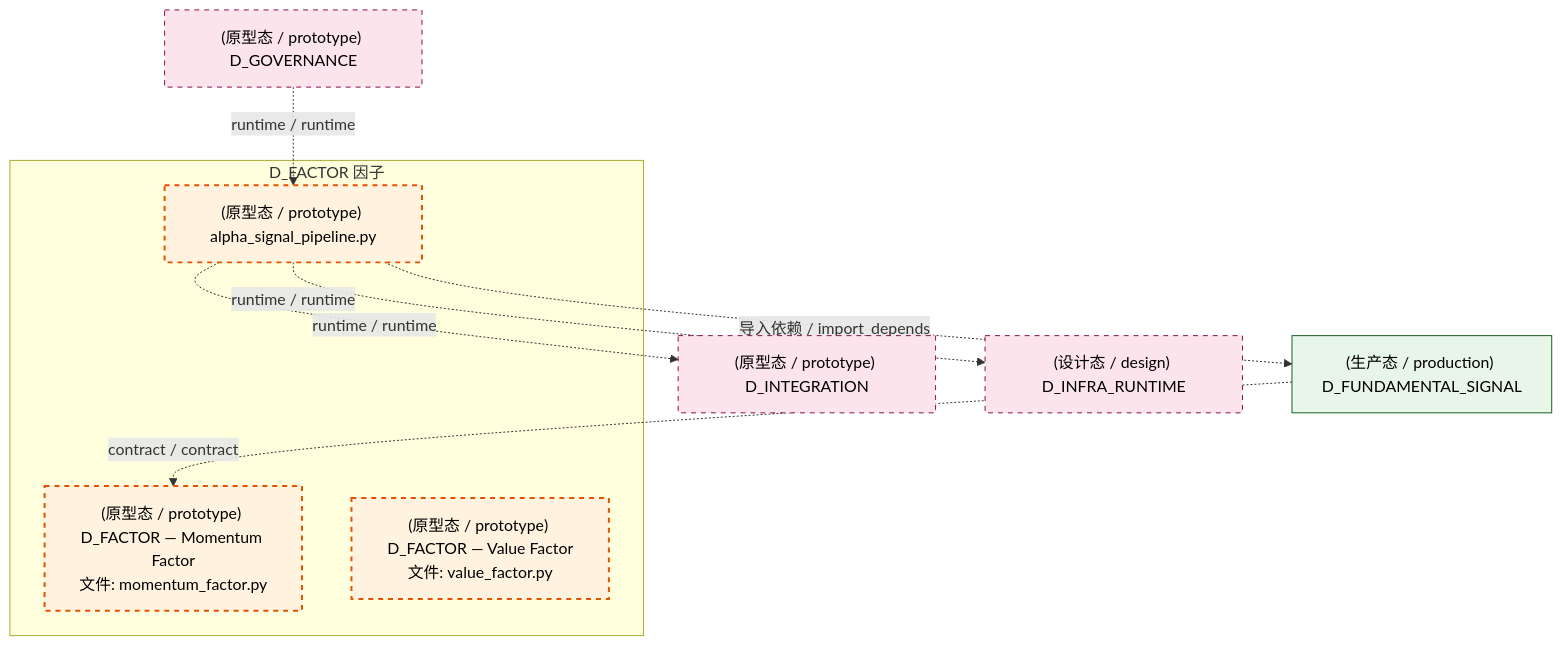
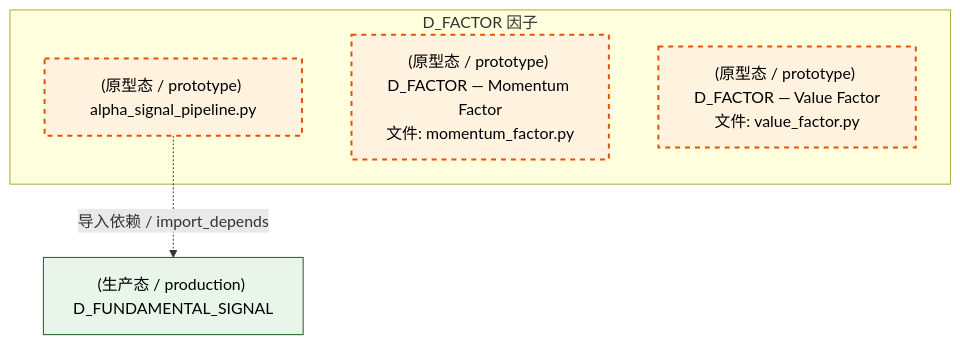
The third of 4 diagrams in docs/02_enterprise_architecture/02_domain_architecture_docs/36_d_factor.md (xuanFelixVan/ZephyrAlpha), drawn with Mermaid before and after one commit. The commit also changed other lines of this file and 97 other files, not shown here.

````diff
--- a/docs/02_enterprise_architecture/02_domain_architecture_docs/36_d_factor.md
+++ b/docs/02_enterprise_architecture/02_domain_architecture_docs/36_d_factor.md
@@ -138,24 +131,16 @@
 ```mermaid
 graph TD
     subgraph D_FACTOR["D_FACTOR 因子"]
         src_zephyr_factor_alpha_signal_pipeline_py["(原型态 / prototype) alpha_signal_pipeline.py"]
         src_zephyr_factor_momentum_factor_py["(原型态 / prototype) D_FACTOR — Momentum Factor<br/>文件: momentum_factor.py"]
         src_zephyr_factor_value_factor_py["(原型态 / prototype) D_FACTOR — Value Factor<br/>文件: value_factor.py"]
     end
-    D_INTEGRATION["(原型态 / prototype) D_INTEGRATION"]
-    src_zephyr_factor_alpha_signal_pipeline_py -.->|runtime / runtime| D_INTEGRATION
-    D_INFRA_RUNTIME["(设计态 / design) D_INFRA_RUNTIME"]
-    src_zephyr_factor_alpha_signal_pipeline_py -.->|runtime / runtime| D_INFRA_RUNTIME
     D_FUNDAMENTAL_SIGNAL["(生产态 / production) D_FUNDAMENTAL_SIGNAL"]
     src_zephyr_factor_alpha_signal_pipeline_py -.->|导入依赖 / import_depends| D_FUNDAMENTAL_SIGNAL
-    D_GOVERNANCE["(原型态 / prototype) D_GOVERNANCE"]
-    D_GOVERNANCE -.->|runtime / runtime| src_zephyr_factor_alpha_signal_pipeline_py
-    D_FUNDAMENTAL_SIGNAL -.->|contract / contract| src_zephyr_factor_momentum_factor_py
     classDef production fill:#e1f5fe,stroke:#01579b,stroke-width:2px,color:#000
     classDef design fill:#fff3e0,stroke:#e65100,stroke-width:2px,color:#000,stroke-dasharray: 5 5
     classDef external_prod fill:#e8f5e9,stroke:#1b5e20,stroke-width:1px,color:#000
     classDef external_design fill:#fce4ec,stroke:#880e4f,stroke-width:1px,color:#000,stroke-dasharray: 5 5
     class src_zephyr_factor_alpha_signal_pipeline_py,src_zephyr_factor_momentum_factor_py,src_zephyr_factor_value_factor_py design
     class D_FUNDAMENTAL_SIGNAL external_prod
-    class D_INTEGRATION,D_INFRA_RUNTIME,D_GOVERNANCE external_design
 ```
````
